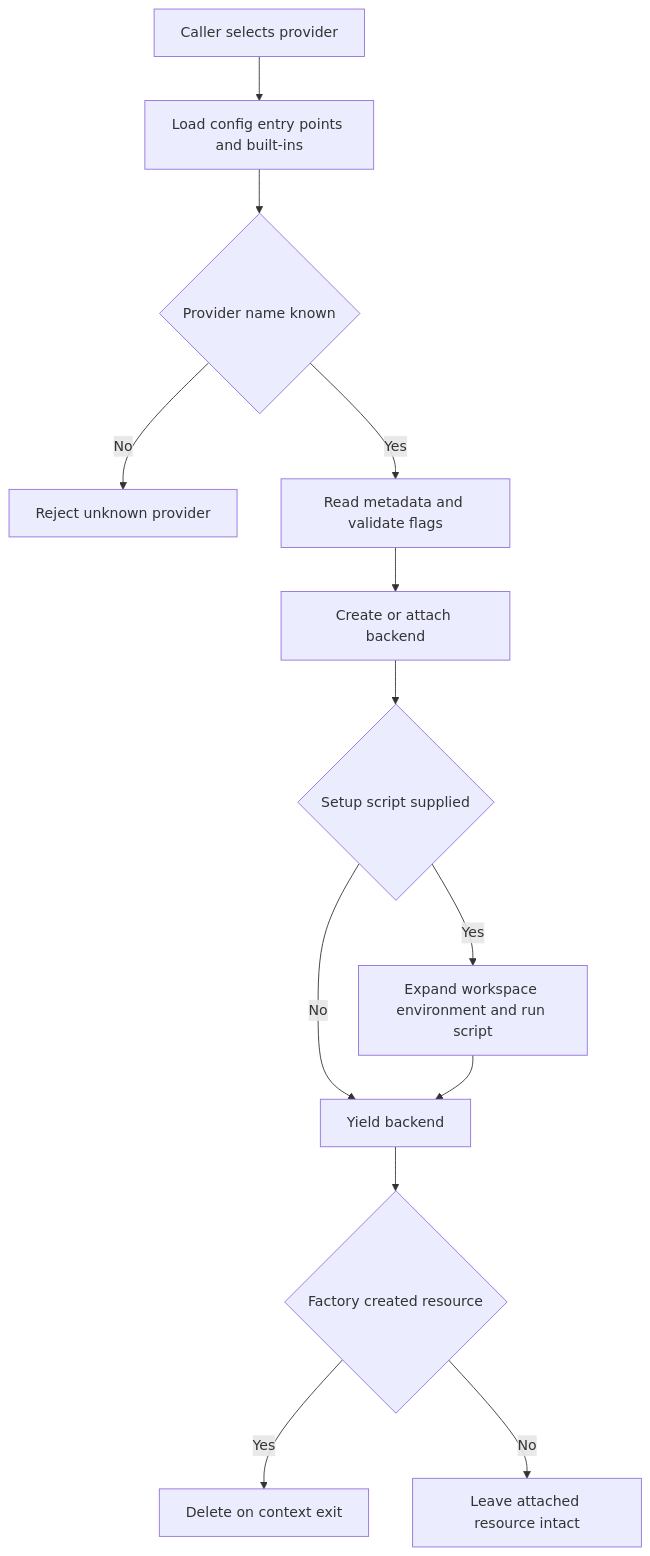
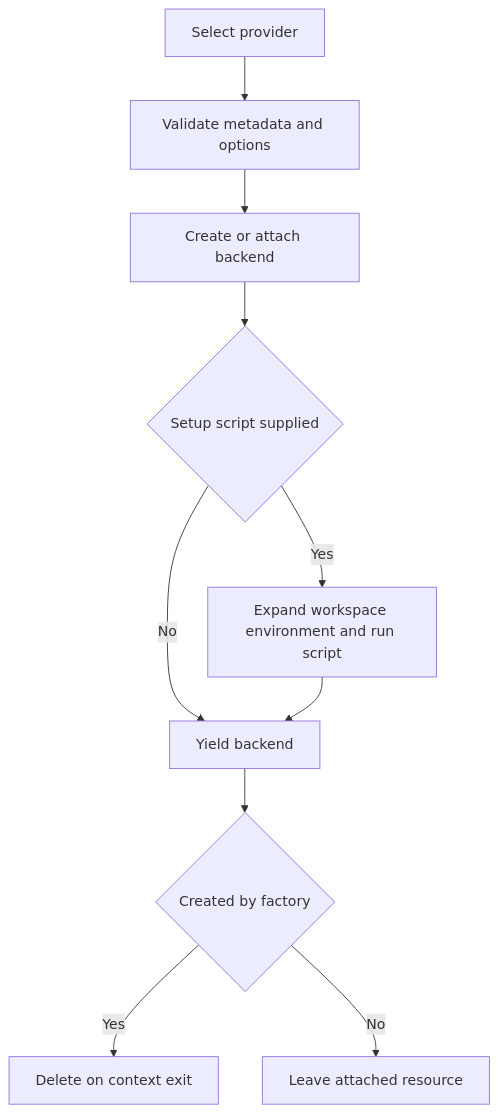
The first of 3 diagrams in openwiki/integrations/sandbox-partners.md (langchain-ai/deepagents), drawn with Mermaid before and after one commit. The commit also changed other lines of this file and 35 other files, not shown here.

````diff
--- a/openwiki/integrations/sandbox-partners.md
+++ b/openwiki/integrations/sandbox-partners.md
@@ -69,15 +67,12 @@
 ```mermaid
 flowchart TD
-    Select["Caller selects provider"] --> Registry["Load config entry points and built-ins"]
-    Registry --> Known{"Provider name known"}
-    Known -->|No| Reject["Reject unknown provider"]
-    Known -->|Yes| Metadata["Read metadata and validate flags"]
-    Metadata --> Acquire["Create or attach backend"]
+    Select["Select provider"] --> Validate["Validate metadata and options"]
+    Validate --> Acquire["Create or attach backend"]
     Acquire --> Setup{"Setup script supplied"}
     Setup -->|Yes| Run["Expand workspace environment and run script"]
     Setup -->|No| Yield["Yield backend"]
     Run --> Yield
-    Yield --> Owned{"Factory created resource"}
+    Yield --> Owned{"Created by factory"}
     Owned -->|Yes| Delete["Delete on context exit"]
-    Owned -->|No| Keep["Leave attached resource intact"]
+    Owned -->|No| Keep["Leave attached resource"]
 ```
````
